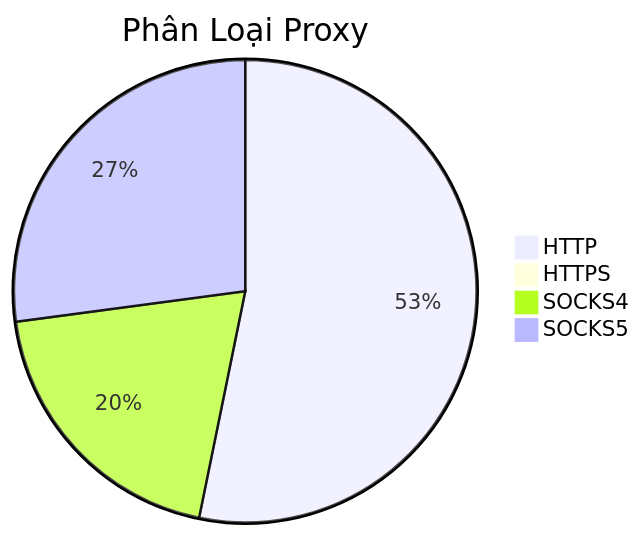
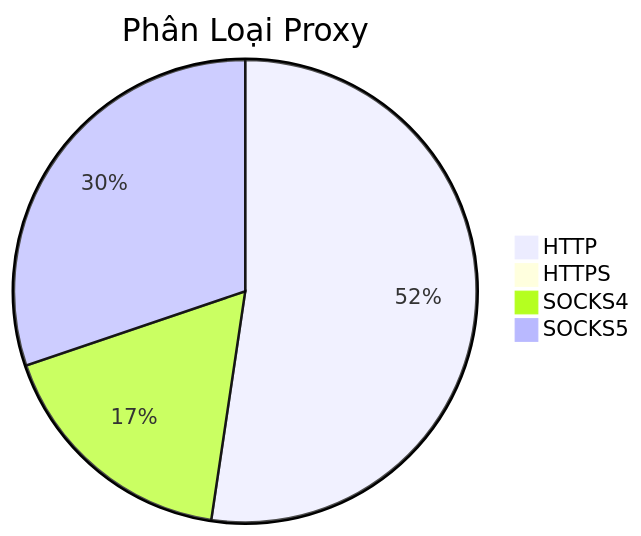
One commit to Ciara-12/PROXY-free changed the diagram in README.md. Above: the diagram before and after it, drawn with Mermaid. The commit also changed other lines of this file and 3 other files, not shown here.

````diff
--- a/README.md
+++ b/README.md
@@ -26,7 +26,7 @@
 ```mermaid
 pie title Phân Loại Proxy
-    "HTTP" : 632
+    "HTTP" : 546
     "HTTPS" : 0
-    "SOCKS4" : 234
-    "SOCKS5" : 322
+    "SOCKS4" : 182
+    "SOCKS5" : 315
 ```
````
